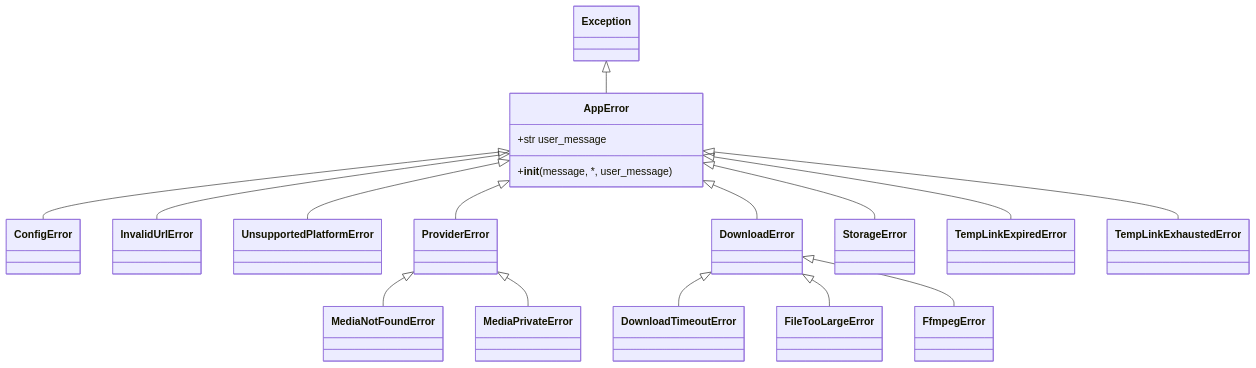
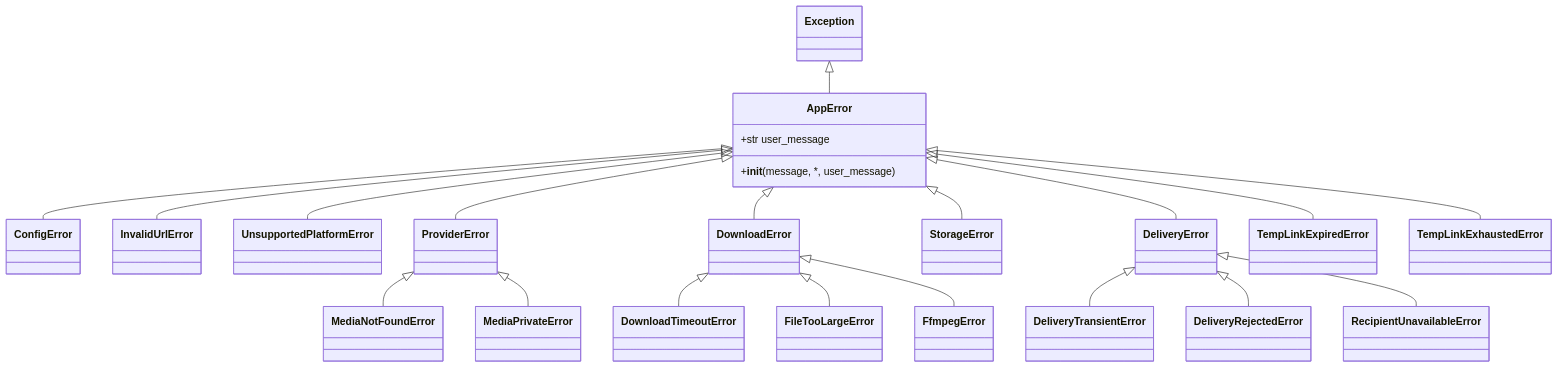
One commit to ariestop/DWTGBot changed the first of 2 diagrams in docs/16-error-handling.md. Above: the diagram before and after it, drawn with Mermaid. The commit also changed other lines of this file and 11 other files, not shown here.

````diff
--- a/docs/16-error-handling.md
+++ b/docs/16-error-handling.md
@@ -17,22 +17,26 @@
 ```mermaid
 classDiagram
     Exception <|-- AppError
     AppError <|-- ConfigError
     AppError <|-- InvalidUrlError
     AppError <|-- UnsupportedPlatformError
     AppError <|-- ProviderError
     ProviderError <|-- MediaNotFoundError
     ProviderError <|-- MediaPrivateError
     AppError <|-- DownloadError
     DownloadError <|-- DownloadTimeoutError
     DownloadError <|-- FileTooLargeError
     DownloadError <|-- FfmpegError
     AppError <|-- StorageError
+    AppError <|-- DeliveryError
+    DeliveryError <|-- DeliveryTransientError
+    DeliveryError <|-- DeliveryRejectedError
+    DeliveryError <|-- RecipientUnavailableError
     AppError <|-- TempLinkExpiredError
     AppError <|-- TempLinkExhaustedError
 
     class AppError {
         +str user_message
         +__init__(message, *, user_message)
     }
 ```
````
